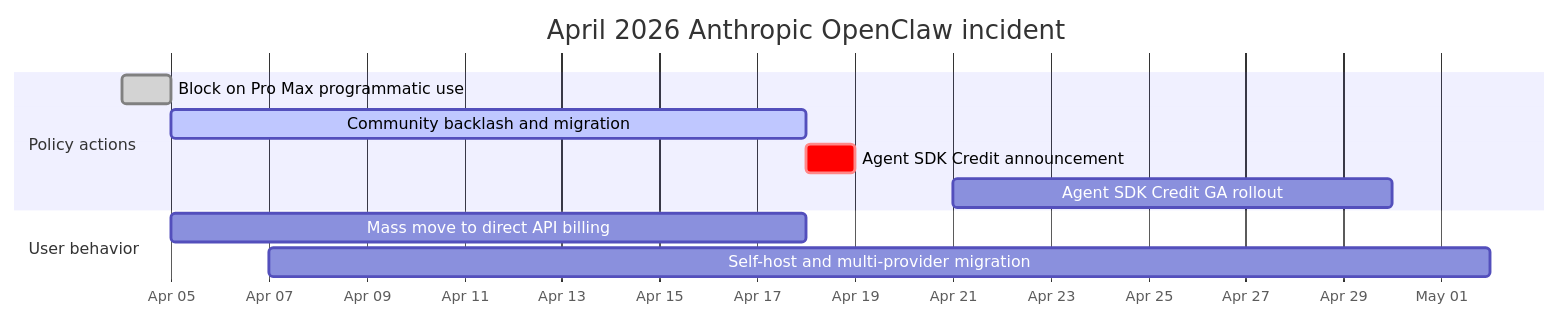
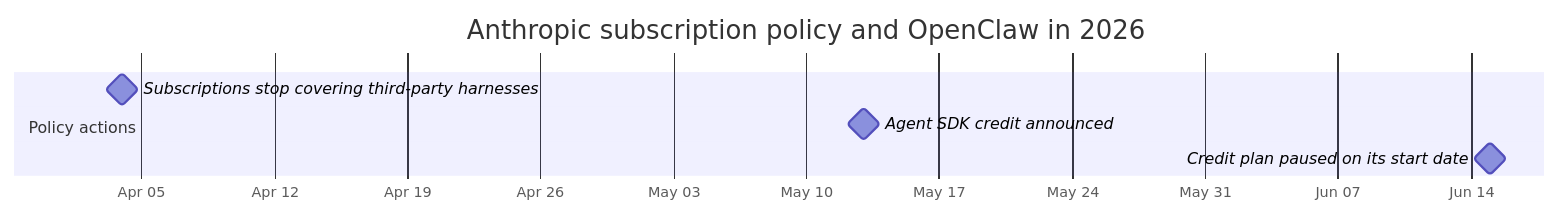
Before and after one commit to dongphuongman/ai-system-design-guide: the diagram in 17-tool-use-and-computer-agents/03-openclaw-deep-dive.md, drawn with Mermaid. The commit also changed other lines of this file and 78 other files, not shown here.

````diff
--- a/17-tool-use-and-computer-agents/03-openclaw-deep-dive.md
+++ b/17-tool-use-and-computer-agents/03-openclaw-deep-dive.md
@@ -772,14 +772,10 @@
 ```mermaid
 gantt
-    title April 2026 Anthropic OpenClaw incident
+    title Anthropic subscription policy and OpenClaw in 2026
     dateFormat  YYYY-MM-DD
     axisFormat  %b %d
     section Policy actions
-    Block on Pro Max programmatic use      :done, a1, 2026-04-04, 1d
-    Community backlash and migration       :active, a2, 2026-04-05, 13d
-    Agent SDK Credit announcement          :crit, a3, 2026-04-18, 1d
-    Agent SDK Credit GA rollout            :a4, 2026-04-21, 9d
-    section User behavior
-    Mass move to direct API billing        :b1, 2026-04-05, 13d
-    Self-host and multi-provider migration :b2, 2026-04-07, 25d
+    Subscriptions stop covering third-party harnesses :milestone, a1, 2026-04-04, 0d
+    Agent SDK credit announced                        :milestone, a2, 2026-05-13, 0d
+    Credit plan paused on its start date              :milestone, a3, 2026-06-15, 0d
 ```
````
